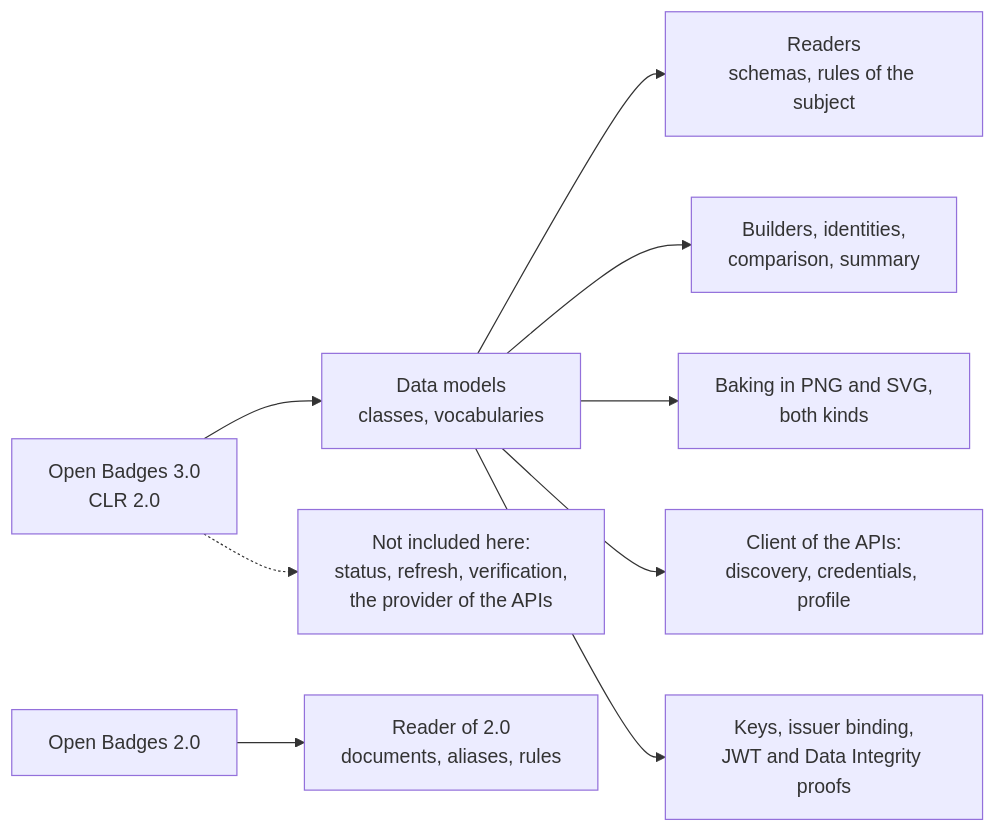
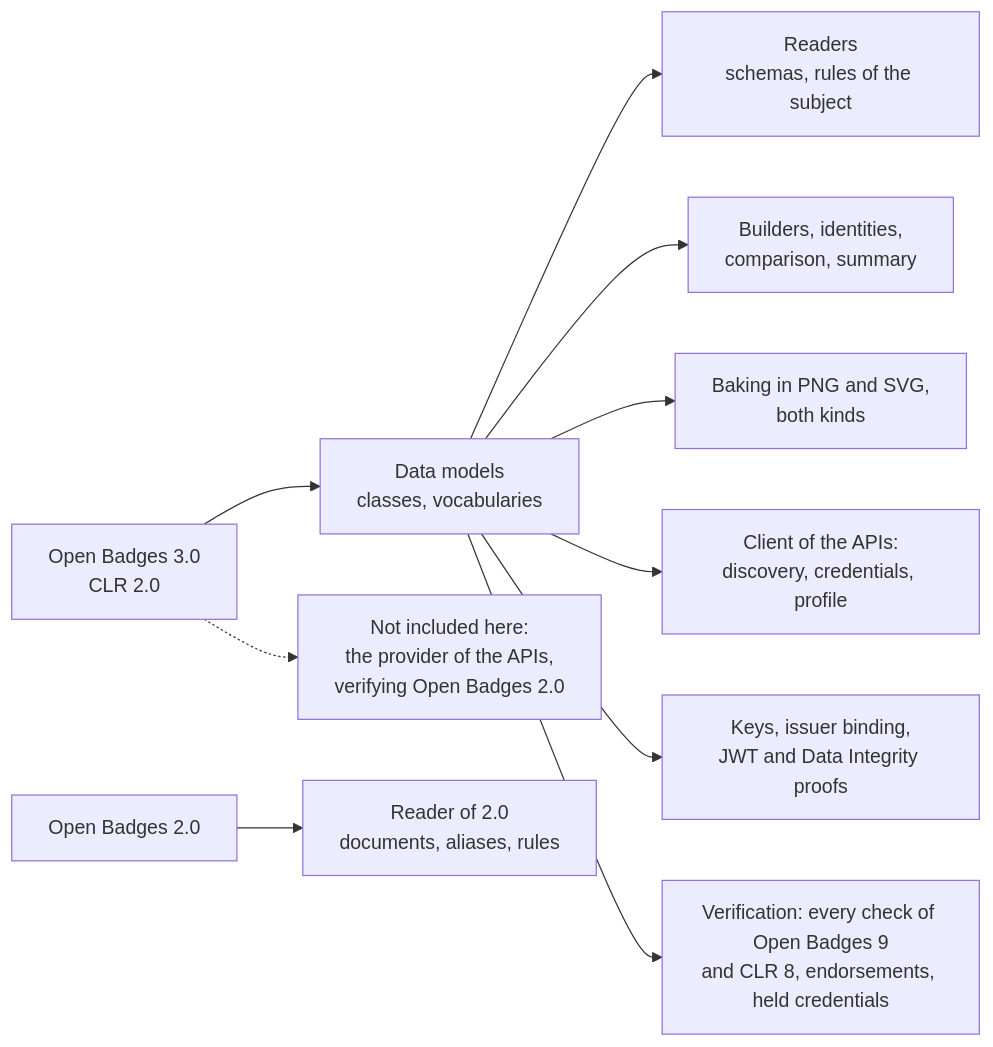
The diagram in docs/achievement-credentials/supported.md (interopkit/interopkit), drawn with Mermaid before and after one commit. The commit also changed other lines of this file and 63 other files, not shown here.

````diff
--- a/docs/achievement-credentials/supported.md
+++ b/docs/achievement-credentials/supported.md
@@ -6,11 +6,12 @@
 ```mermaid
 flowchart LR
   spec["Open Badges 3.0<br/>CLR 2.0"] --> model["Data models<br/>classes, vocabularies"]
   model --> read["Readers<br/>schemas, rules of the subject"]
   model --> issue["Builders, identities,<br/>comparison, summary"]
   model --> baking["Baking in PNG and SVG,<br/>both kinds"]
   model --> client["Client of the APIs:<br/>discovery, credentials, profile"]
   model --> keys["Keys, issuer binding,<br/>JWT and Data Integrity proofs"]
   spec2["Open Badges 2.0"] --> read2["Reader of 2.0<br/>documents, aliases, rules"]
-  spec -.-> outside["Not included here:<br/>status, refresh, verification,<br/>the provider of the APIs"]
+  model --> verify["Verification: every check of Open Badges 9<br/>and CLR 8, endorsements, held credentials"]
+  spec -.-> outside["Not included here:<br/>the provider of the APIs,<br/>verifying Open Badges 2.0"]
 ```
````
